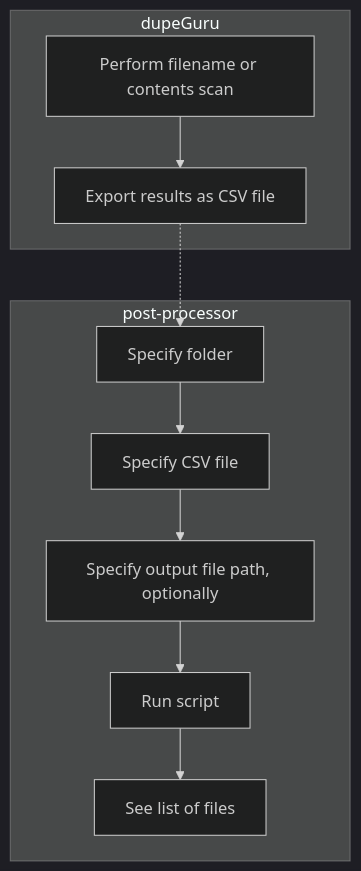
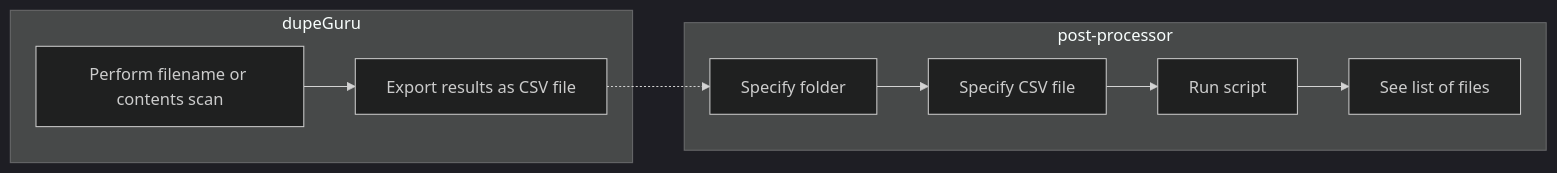
The diagram in README.md (gitname/dupeguru-post-processor), drawn with Mermaid (dark theme) before and after one commit.

Commit message:
Remove optional step from flowchart

````diff
--- a/README.md
+++ b/README.md
@@ -9,16 +9,15 @@
 ```mermaid
-flowchart TB
+flowchart LR
 
     subgraph d [dupeGuru]
       d1[Perform filename or contents scan]-->d2[Export results as CSV file]
     end
     
     subgraph p [post-processor]
       p1[Specify folder]-->p2[Specify CSV file]
-      p2-->p3[Specify output file path, optionally]
-      p3-->p4[Run script]
-      p4-->p5[See list of files]
+      p2-->p3[Run script]
+      p3-->p4[See list of files]
     end
     
     d2-.->p1
 ```
````
